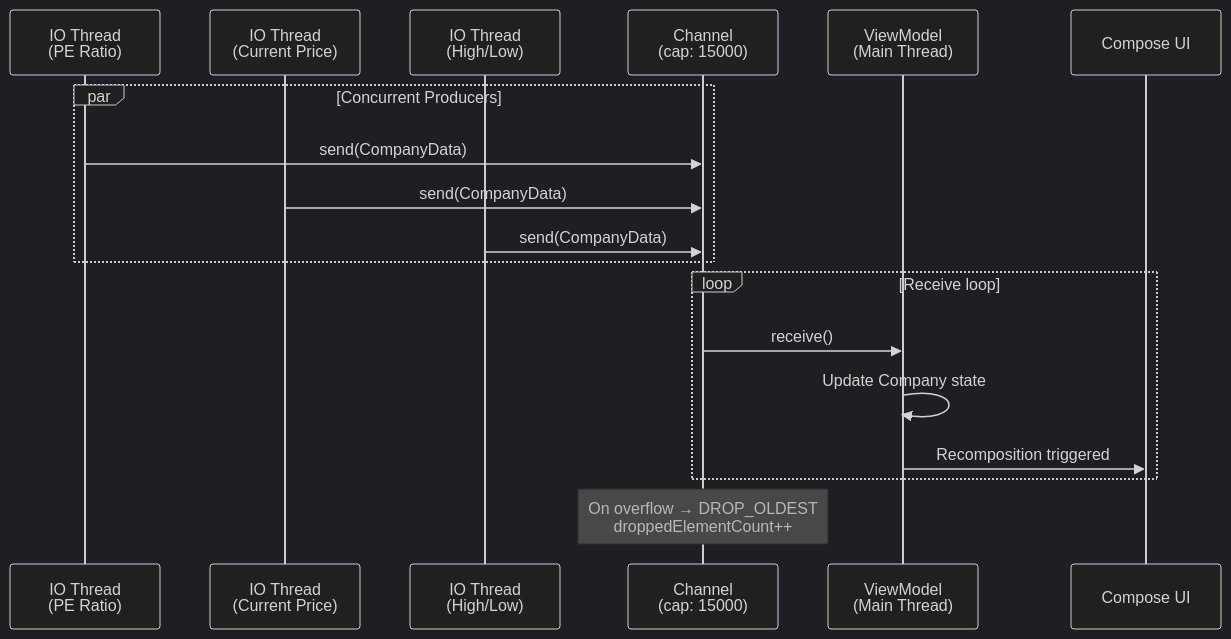
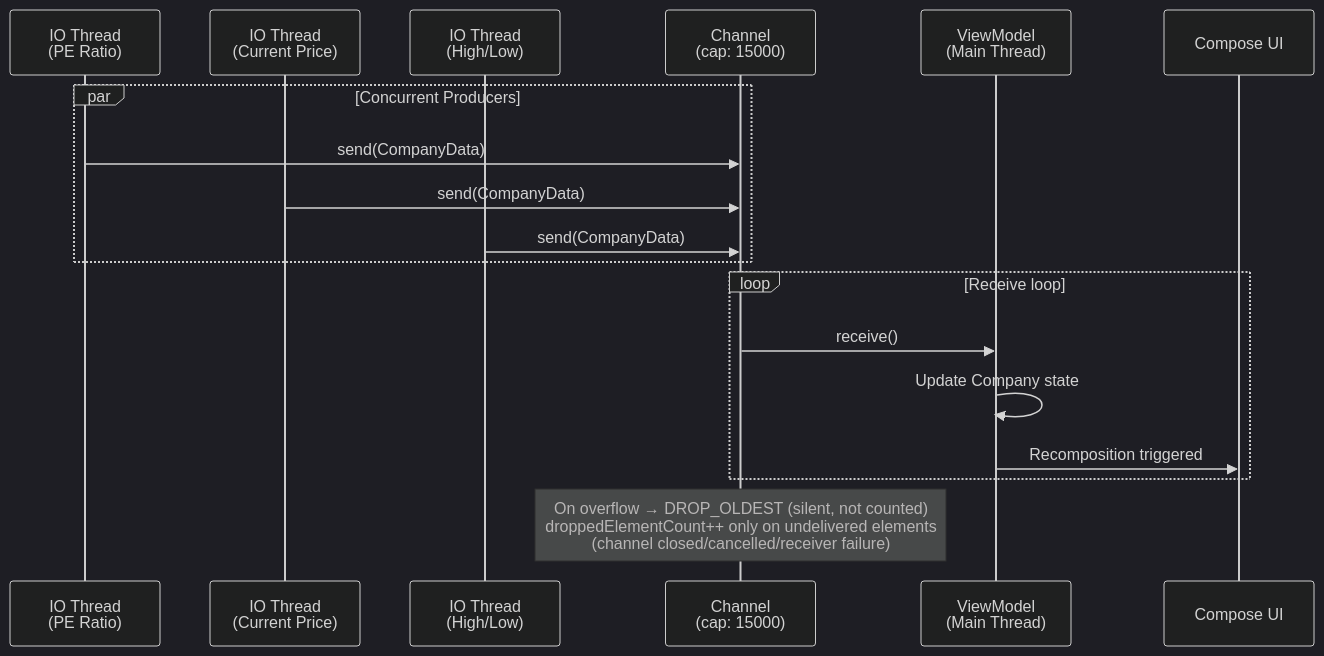
One commit to buddhasaikia/ThreadSimulator changed the third of 3 diagrams in README.md. Above: the diagram before and after it, drawn with Mermaid (dark theme). The commit also changed other lines of this file, not shown here.

````diff
--- a/README.md
+++ b/README.md
@@ -136,23 +136,23 @@
 ```mermaid
 sequenceDiagram
     participant PE as IO Thread<br/>(PE Ratio)
     participant CP as IO Thread<br/>(Current Price)
     participant HL as IO Thread<br/>(High/Low)
     participant CH as Channel<br/>(cap: 15000)
     participant VM as ViewModel<br/>(Main Thread)
     participant UI as Compose UI
 
     par Concurrent Producers
         PE->>CH: send(CompanyData)
         CP->>CH: send(CompanyData)
         HL->>CH: send(CompanyData)
     end
 
     loop Receive loop
         CH->>VM: receive()
         VM->>VM: Update Company state
         VM->>UI: Recomposition triggered
     end
 
-    Note over CH: On overflow → DROP_OLDEST<br/>droppedElementCount++
+    Note over CH: On overflow → DROP_OLDEST (silent, not counted)<br/>droppedElementCount++ only on undelivered elements<br/>(channel closed/cancelled/receiver failure)
 ```
````
